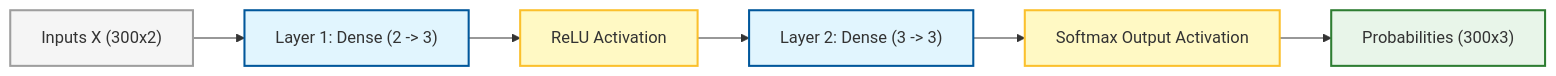
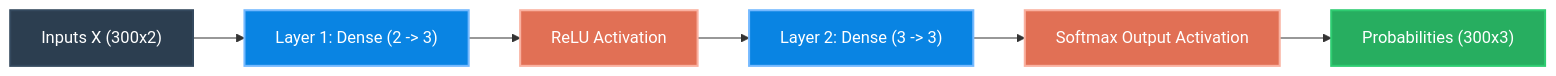
The tenth of 10 diagrams in README.md (holycompile/Neural_Networks_from_Scratch), drawn with Mermaid before and after one commit. The commit also changed other lines of this file, not shown here.

````diff
--- a/README.md
+++ b/README.md
@@ -238,15 +252,15 @@
 ```mermaid
 graph LR
     In["Inputs X (300x2)"] --> L1["Layer 1: Dense (2 -> 3)"]
     L1 --> Act1["ReLU Activation"]
     Act1 --> L2["Layer 2: Dense (3 -> 3)"]
     L2 --> Act2["Softmax Output Activation"]
     Act2 --> Prob["Probabilities (300x3)"]
     
-    style In fill:#f5f5f5,stroke:#9e9e9e,stroke-width:2px;
-    style L1 fill:#e1f5fe,stroke:#01579b,stroke-width:2px;
-    style Act1 fill:#fff9c4,stroke:#fbc02d,stroke-width:2px;
-    style L2 fill:#e1f5fe,stroke:#01579b,stroke-width:2px;
-    style Act2 fill:#fff9c4,stroke:#fbc02d,stroke-width:2px;
-    style Prob fill:#e8f5e9,stroke:#2e7d32,stroke-width:2px;
+    style In fill:#2c3e50,stroke:#34495e,stroke-width:2px,color:#fff;
+    style L1 fill:#0984e3,stroke:#74b9ff,stroke-width:2px,color:#fff;
+    style Act1 fill:#e17055,stroke:#fab1a0,stroke-width:2px,color:#fff;
+    style L2 fill:#0984e3,stroke:#74b9ff,stroke-width:2px,color:#fff;
+    style Act2 fill:#e17055,stroke:#fab1a0,stroke-width:2px,color:#fff;
+    style Prob fill:#27ae60,stroke:#2ecc71,stroke-width:2px,color:#fff;
 ```
````
